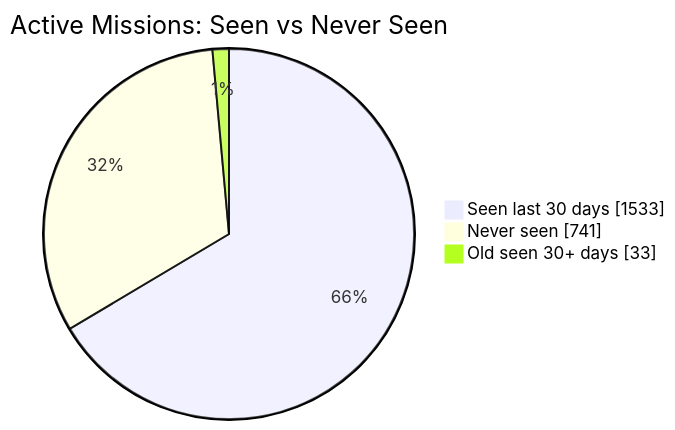
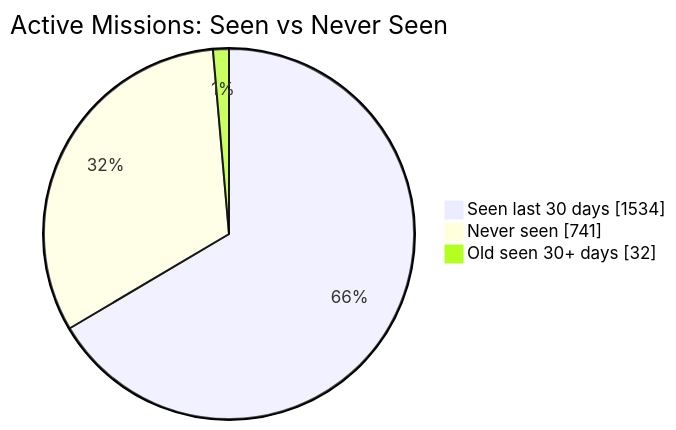
Before and after one commit to MeldkamerspelGameTeam/active-missions: the first of 2 diagrams in README.md, drawn with Mermaid. The commit also changed other lines of this file and 3 other files, not shown here.

````diff
--- a/README.md
+++ b/README.md
@@ -34,7 +34,7 @@
 ```mermaid
 pie showData
     title Active Missions: Seen vs Never Seen
-    "Seen last 30 days" : 1533
+    "Seen last 30 days" : 1534
     "Never seen" : 741
-    "Old seen 30+ days" : 33
+    "Old seen 30+ days" : 32
 ```
````
